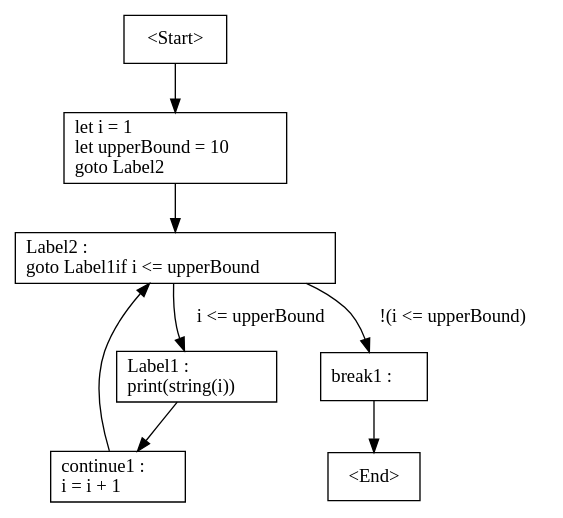
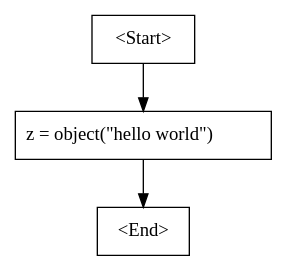
One commit to WaifuShork/Quartz changed the diagram in src/Vivian.Interactive/bin/Debug/net5.0/cfg.dot. Above: the diagram before and after it, drawn with Graphviz. The commit also changed 40 other files, not shown here.

```diff
--- a/src/Vivian.Interactive/bin/Debug/net5.0/cfg.dot
+++ b/src/Vivian.Interactive/bin/Debug/net5.0/cfg.dot
@@ -1,16 +1,7 @@
 digraph G {
     N0 [label = "<Start>" shape = box]
-    N1 [label = "let i = 1\llet upperBound = 10\lgoto Label2\l" shape = box]
-    N2 [label = "Label1 : \lprint(string(i))\l" shape = box]
-    N3 [label = "continue1 : \li = i + 1\l" shape = box]
-    N4 [label = "Label2 : \lgoto Label1if i <= upperBound\l" shape = box]
-    N5 [label = "break1 : \l" shape = box]
-    N6 [label = "<End>" shape = box]
+    N1 [label = "z = object(\"hello world\")\l" shape = box]
+    N2 [label = "<End>" shape = box]
     N0 -> N1 [label = ""]
-    N1 -> N4 [label = ""]
-    N2 -> N3 [label = ""]
-    N3 -> N4 [label = ""]
-    N4 -> N2 [label = "i <= upperBound"]
-    N4 -> N5 [label = "!(i <= upperBound)"]
-    N5 -> N6 [label = ""]
+    N1 -> N2 [label = ""]
 }
```
